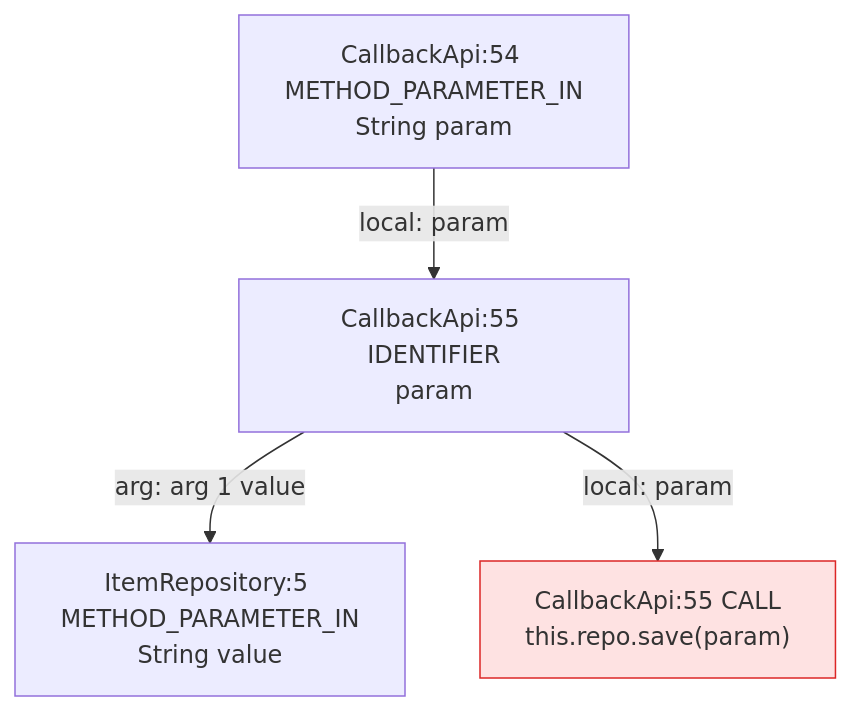
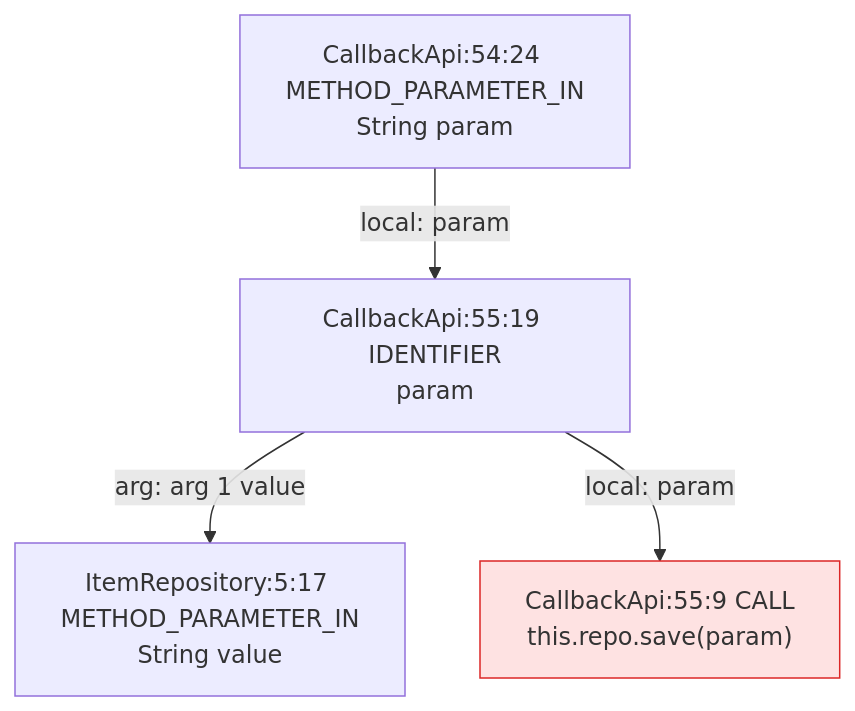
The sixth of 6 diagrams in spike/fixtures/callbacks/truth.md (gstiebler/codeflow), drawn with Mermaid before and after one commit. The commit also changed other lines of this file and 154 other files, not shown here.

````diff
--- a/spike/fixtures/callbacks/truth.md
+++ b/spike/fixtures/callbacks/truth.md
@@ -148,11 +148,11 @@
 ```mermaid
 flowchart TD
-  f0["CallbackApi:54 METHOD_PARAMETER_IN<br/>String param"]
-  f1["CallbackApi:55 CALL<br/>this.repo.save(param)"]
-  style f1 fill:#fee2e2,stroke:#dc2626
-  f2["CallbackApi:55 IDENTIFIER<br/>param"]
-  f3["ItemRepository:5 METHOD_PARAMETER_IN<br/>String value"]
-  f0 -->|"local: param"| f2
-  f2 -->|"arg: arg 1 value"| f3
-  f2 -->|"local: param"| f1
+  f0["CallbackApi:54:24 METHOD_PARAMETER_IN<br/>String param"]
+  f1["CallbackApi:55:19 IDENTIFIER<br/>param"]
+  f2["CallbackApi:55:9 CALL<br/>this.repo.save(param)"]
+  style f2 fill:#fee2e2,stroke:#dc2626
+  f3["ItemRepository:5:17 METHOD_PARAMETER_IN<br/>String value"]
+  f0 -->|"local: param"| f1
+  f1 -->|"arg: arg 1 value"| f3
+  f1 -->|"local: param"| f2
 ```
````
